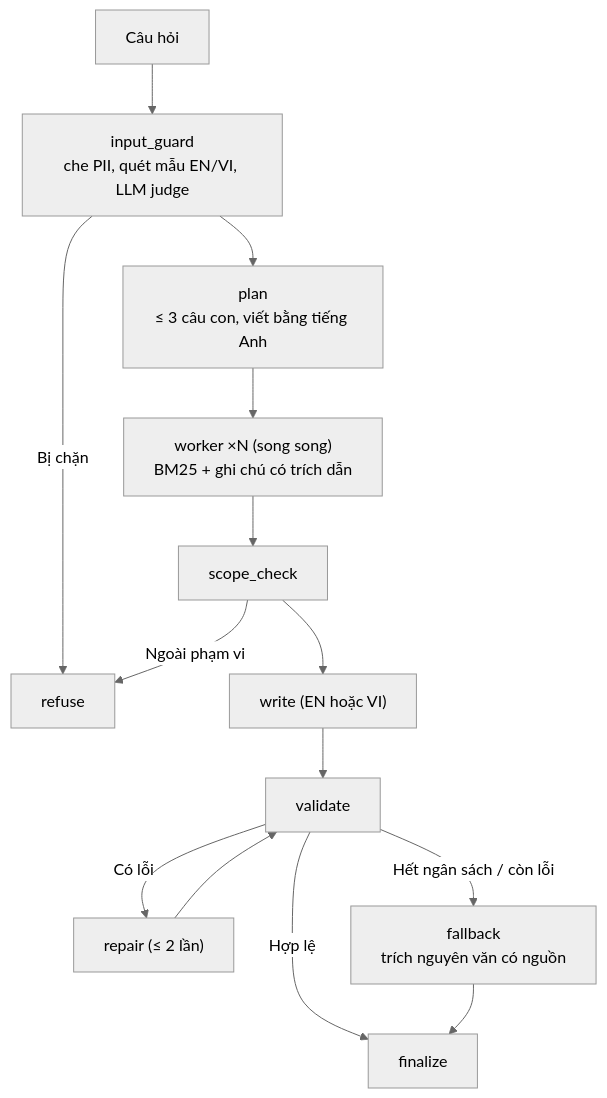
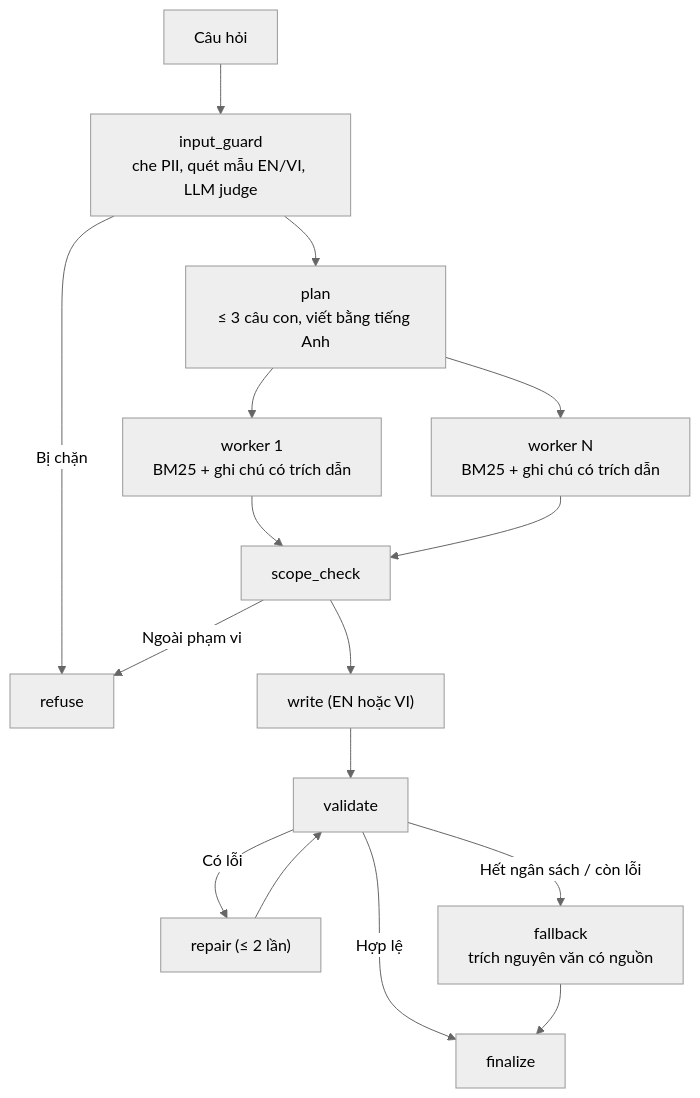
The second of 2 diagrams in README.md (mthanh-412/OppHunter), drawn with Mermaid (neutral theme) before and after one commit.

Commit message:
An AI Agent MVP

````diff
--- a/README.md
+++ b/README.md
@@ -33,14 +33,16 @@
 ```mermaid
 flowchart TD
     Q["Câu hỏi"] --> G["input_guard<br/>che PII, quét mẫu EN/VI, LLM judge"]
     G -- "Bị chặn" --> R["refuse"]
     G --> P["plan<br/>≤ 3 câu con, viết bằng tiếng Anh"]
-    P --> W["worker ×N (song song)<br/>BM25 + ghi chú có trích dẫn"]
-    W --> S["scope_check"]
+    P --> W1["worker 1<br/>BM25 + ghi chú có trích dẫn"]
+    P --> W2["worker N<br/>BM25 + ghi chú có trích dẫn"]
+    W1 --> S["scope_check"]
+    W2 --> S
     S -- "Ngoài phạm vi" --> R
     S --> WR["write (EN hoặc VI)"]
     WR --> V["validate"]
     V -- "Có lỗi" --> RP["repair (≤ 2 lần)"] --> V
     V -- "Hợp lệ" --> F["finalize"]
     V -- "Hết ngân sách / còn lỗi" --> FB["fallback<br/>trích nguyên văn có nguồn"] --> F
 ```
````
